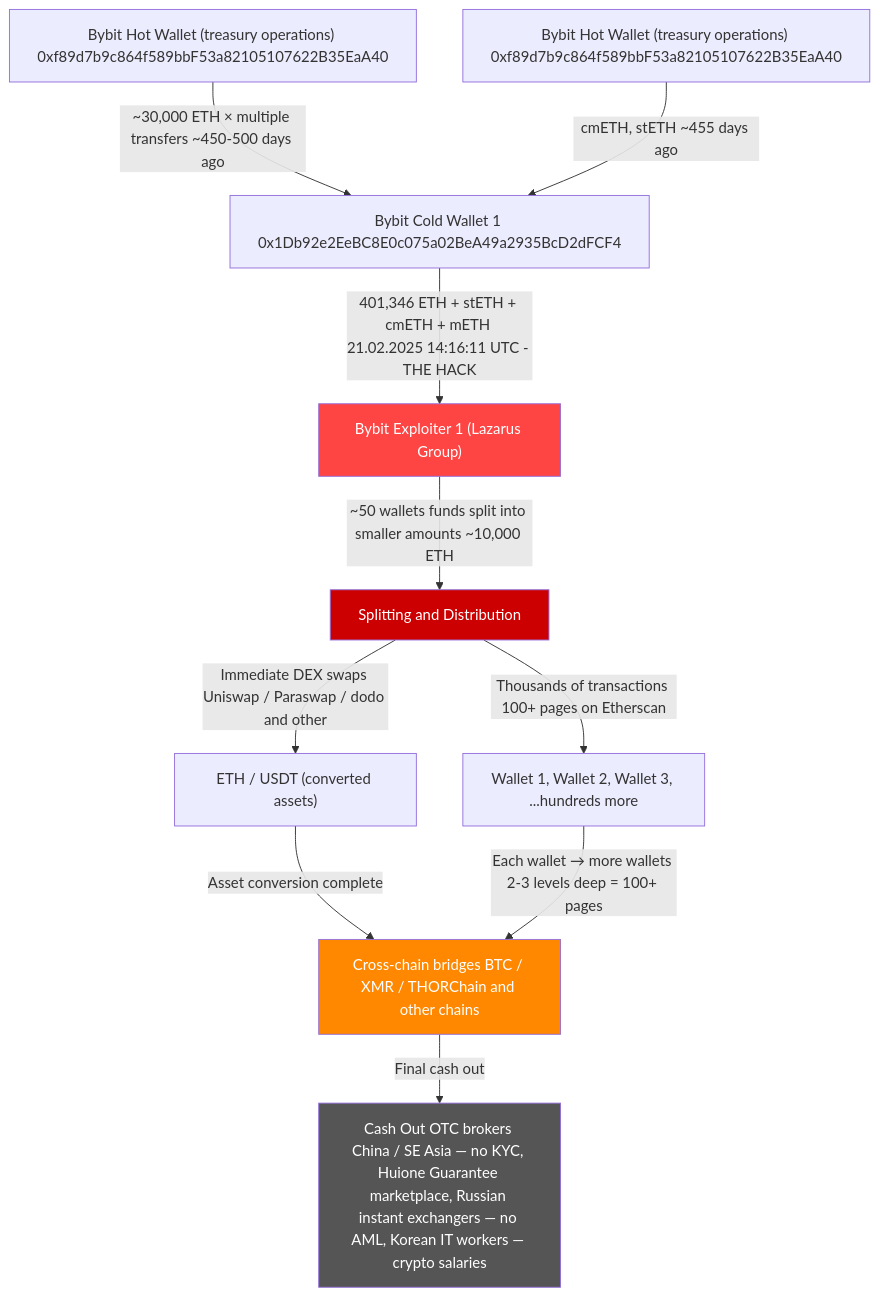
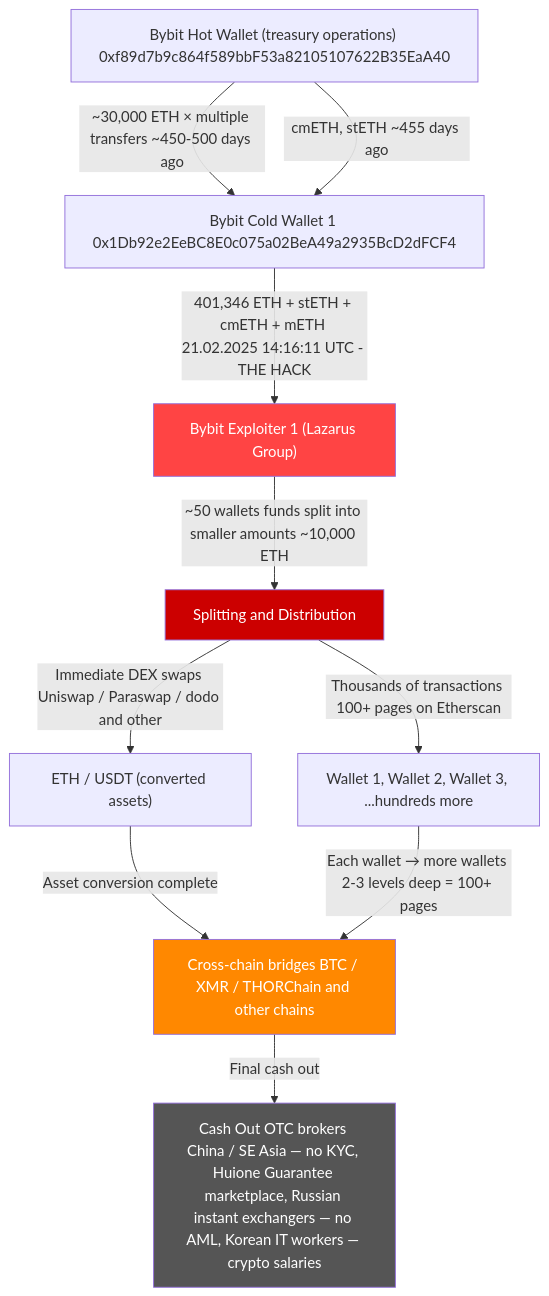
One commit to KotsykAndrey/aml-blockchain-portfolio changed the first of 3 diagrams in case-1-bybit-hack/README.md. Above: the diagram before and after it, drawn with Mermaid.

````diff
--- a/case-1-bybit-hack/README.md
+++ b/case-1-bybit-hack/README.md
@@ -203,16 +203,16 @@
 ```mermaid
 flowchart TD
     A["Bybit Hot Wallet (treasury operations) 0xf89d7b9c864f589bbF53a82105107622B35EaA40"] -->|"~30,000 ETH × multiple transfers ~450-500 days ago"| B["Bybit Cold Wallet 1 0x1Db92e2EeBC8E0c075a02BeA49a2935BcD2dFCF4"]
-    C["Bybit Hot Wallet (treasury operations) 0xf89d7b9c864f589bbF53a82105107622B35EaA40"] -->|"cmETH, stETH ~455 days ago"| B
+    A -->|"cmETH, stETH ~455 days ago"| B
     B -->|"401,346 ETH + stETH + cmETH + mETH 21.02.2025 14:16:11 UTC - THE HACK"| D["Bybit Exploiter 1 (Lazarus Group)"]
     D -->|"~50 wallets funds split into smaller amounts ~10,000 ETH"| S["Splitting and Distribution"]
     S -->|"Immediate DEX swaps Uniswap / Paraswap / dodo and other"| E["ETH / USDT (converted assets)"]
     S -->|"Thousands of transactions 100+ pages on Etherscan"| F["Wallet 1, Wallet 2, Wallet 3, ...hundreds more"]
     E -->|"Asset conversion complete"| G["Cross-chain bridges BTC / XMR / THORChain and other chains"]
     F -->|"Each wallet → more wallets 2-3 levels deep = 100+ pages"| G
     G -->|"Final cash out"| H["Cash Out OTC brokers China / SE Asia — no KYC, Huione Guarantee marketplace, Russian instant exchangers — no AML, Korean IT workers — crypto salaries"]
     style D fill:#ff4444,color:#fff
     style G fill:#ff8800,color:#fff
     style S fill:#cc0000,color:#fff
     style H fill:#555555,color:#fff
 ```
````
